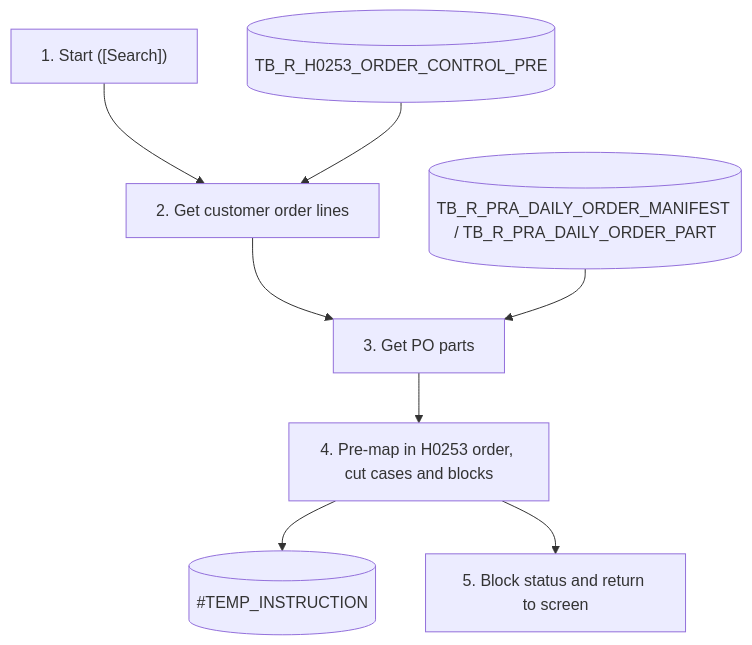
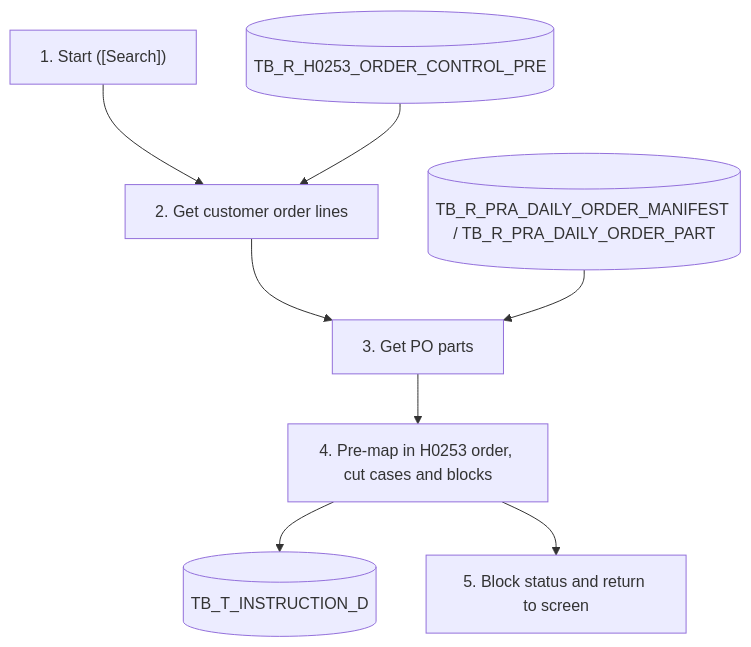
One commit to ivanrayhannn/crossdockpoc changed the second of 2 diagrams in prepare_code/uiss/XD09_Batch_MappingCustomerOrderPO.md. Above: the diagram before and after it, drawn with Mermaid. The commit also changed other lines of this file and 24 other files, not shown here.

````diff
--- a/prepare_code/uiss/XD09_Batch_MappingCustomerOrderPO.md
+++ b/prepare_code/uiss/XD09_Batch_MappingCustomerOrderPO.md
@@ -89,18 +96,18 @@
 ```mermaid
 flowchart TB
   p1["1. Start ([Search])"]
   h[("TB_R_H0253_ORDER_CONTROL_PRE")]
   p2["2. Get customer order lines"]
   m[("TB_R_PRA_DAILY_ORDER_MANIFEST / TB_R_PRA_DAILY_ORDER_PART")]
   p3["3. Get PO parts"]
   p4["4. Pre-map in H0253 order, cut cases and blocks"]
-  o[("#TEMP_INSTRUCTION")]
+  o[("TB_T_INSTRUCTION_D")]
   p5["5. Block status and return to screen"]
   p1 --> p2
   h --> p2
   p2 --> p3
   m --> p3
   p3 --> p4
   p4 --> o
   p4 --> p5
 ```
````
